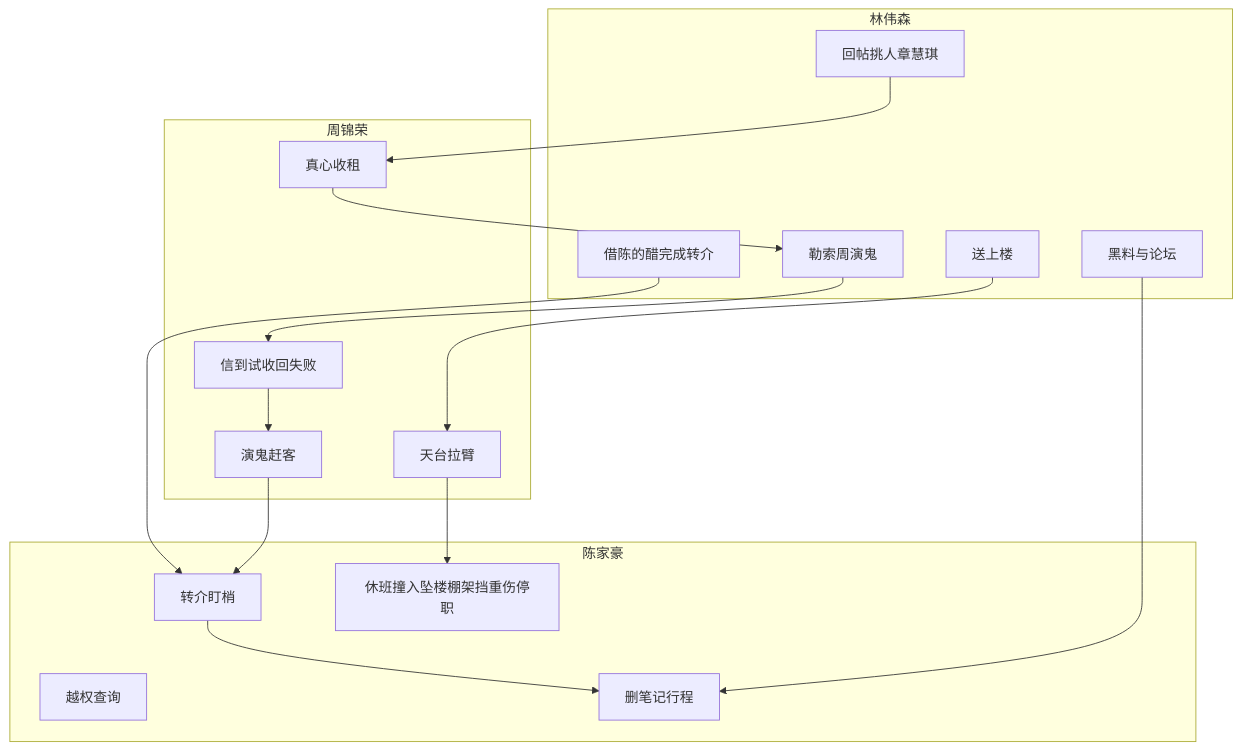
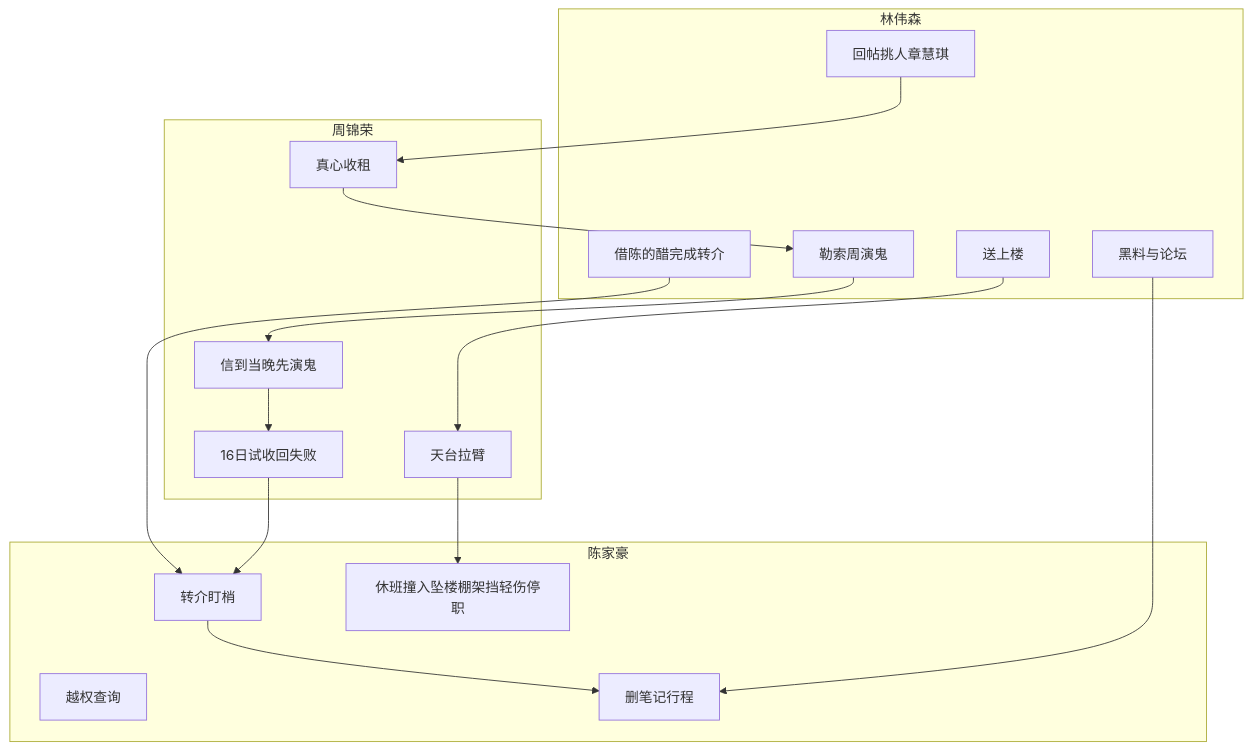
Before and after one commit to HSDCT1230/game_undo: the diagram in 策划/设定/07-时间线与因果.md, drawn with Mermaid. The commit also changed other lines of this file and 191 other files, not shown here.

First line of the commit message:
收进当前可玩稿：粤语界面、墙簿和发帖，以及策划、图库和检查工具。

````diff
--- a/策划/设定/07-时间线与因果.md
+++ b/策划/设定/07-时间线与因果.md
@@ -164,31 +168,31 @@
 ```mermaid
 flowchart TB
   subgraph lin [林伟森]
     L1[回帖挑人章慧琪]
     L2[勒索周演鬼]
     L3[借陈的醋完成转介]
     L4[黑料与论坛]
     L5[送上楼]
   end
   subgraph zhou [周锦荣]
     Z1[真心收租]
-    Z2[信到试收回失败]
-    Z3[演鬼赶客]
+    Z2[信到当晚先演鬼]
+    Z3[16日试收回失败]
     Z4[天台拉臂]
   end
   subgraph chen [陈家豪]
     C1[越权查询]
     C2[转介盯梢]
     C3[删笔记行程]
-    C4[休班撞入坠楼棚架挡重伤停职]
+    C4[休班撞入坠楼棚架挡轻伤停职]
   end
   L1 --> Z1
   Z1 --> L2
   L2 --> Z2 --> Z3
   L3 --> C2
   Z3 --> C2
   C2 --> C3
   L4 --> C3
   L5 --> Z4
   Z4 --> C4
 ```
````
